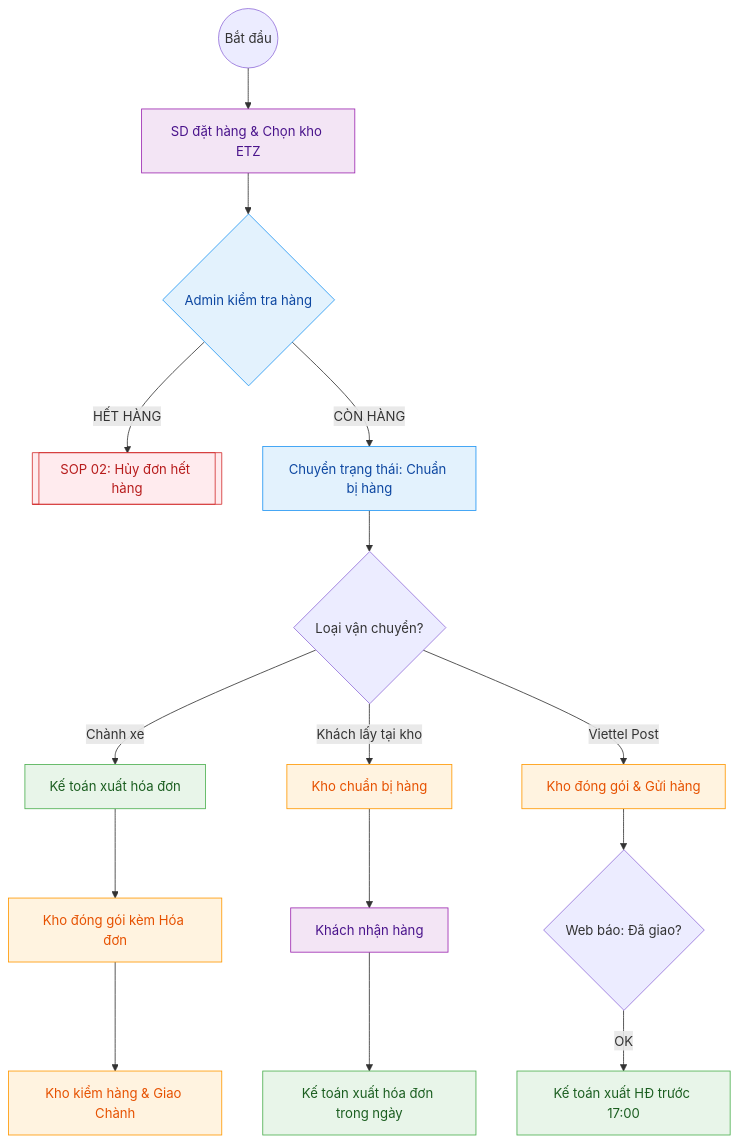
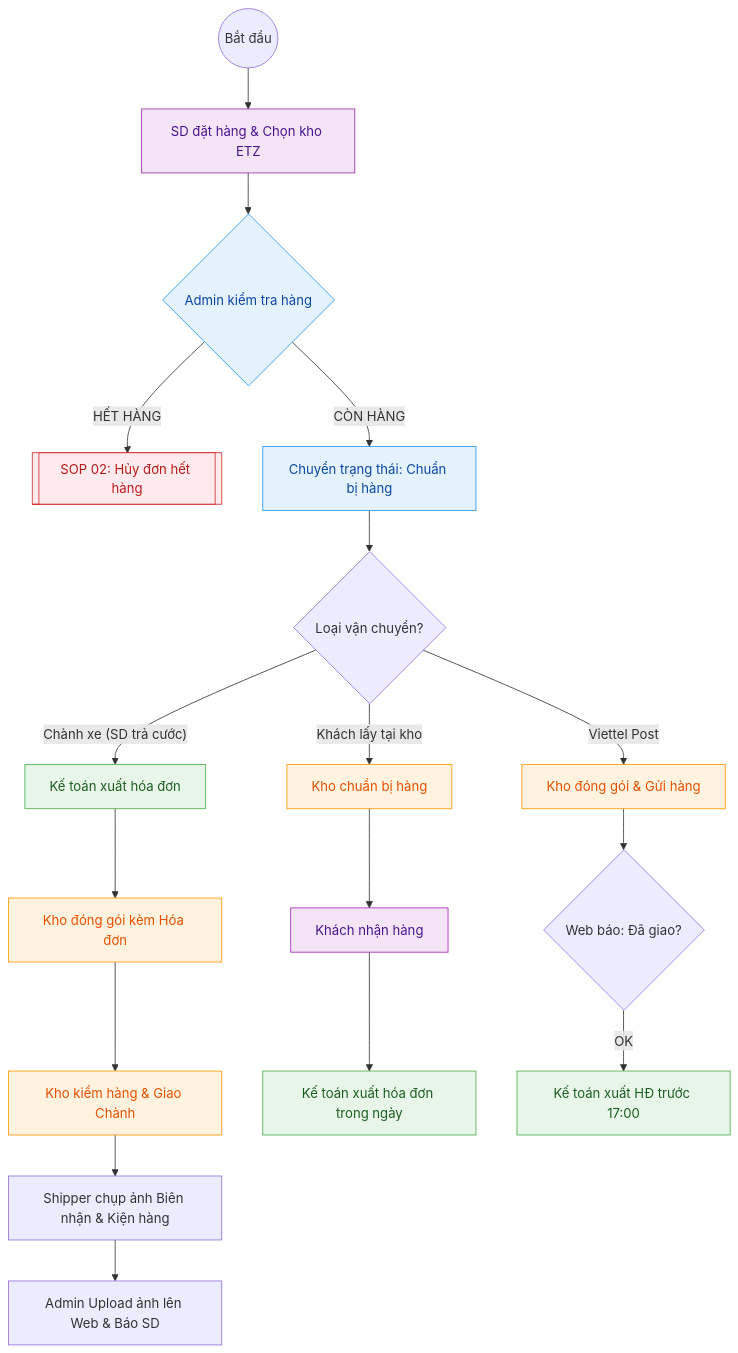
One commit to babaduoc/digitalgarden changed the diagram in src/site/notes/01_TONG_HANH_DINH_QUAN_LY/2_PHONG_VAN_HANH/SOP_2_Xu_Ly_Don_Hang_Chuan.md. Above: the diagram before and after it, drawn with Mermaid. The commit also changed other lines of this file and 4 other files, not shown here.

````diff
--- a/src/site/notes/01_TONG_HANH_DINH_QUAN_LY/2_PHONG_VAN_HANH/SOP_2_Xu_Ly_Don_Hang_Chuan.md
+++ b/src/site/notes/01_TONG_HANH_DINH_QUAN_LY/2_PHONG_VAN_HANH/SOP_2_Xu_Ly_Don_Hang_Chuan.md
@@ -23,39 +23,41 @@
 ```mermaid
 graph TD
     %% Định nghĩa màu tương phản cao %%
     classDef sd fill:#F3E5F5,stroke:#9C27B0,color:#4A148C;
     classDef admin fill:#E3F2FD,stroke:#2196F3,color:#0D47A1;
     classDef acc fill:#E8F5E9,stroke:#4CAF50,color:#1B5E20;
     classDef wh fill:#FFF3E0,stroke:#FF9800,color:#E65100;
     classDef error fill:#FFEBEE,stroke:#D32F2F,color:#B71C1C;
 
     Start((Bắt đầu)) --> SD_Order[SD đặt hàng & Chọn kho ETZ]
     SD_Order --> Admin_Check{Admin kiểm tra hàng}
     
     Admin_Check -- "HẾT HÀNG" --> OutOfStock[[SOP 02: Hủy đơn hết hàng]]
     click OutOfStock "/01-tong-hanh-dinh-quan-ly/2-phong-van-hanh/2026-03-30-sop-huy-don-het-hang/"
     Admin_Check -- "CÒN HÀNG" --> Set_Prep[Chuyển trạng thái: Chuẩn bị hàng]
     
     Set_Prep --> Ship_Type{Loại vận chuyển?}
 
     %% Nhánh Chành xe %%
-    Ship_Type -- Chành xe --> Acc_Inv_1[Kế toán xuất hóa đơn]
+    Ship_Type -- "Chành xe (SD trả cước)" --> Acc_Inv_1[Kế toán xuất hóa đơn]
     Acc_Inv_1 --> WH_Pack_1[Kho đóng gói kèm Hóa đơn]
     WH_Pack_1 --> WH_Check[Kho kiểm hàng & Giao Chành]
+    WH_Check --> WH_Photo[Shipper chụp ảnh Biên nhận & Kiện hàng]
+    WH_Photo --> Admin_Upload[Admin Upload ảnh lên Web & Báo SD]
 
     %% Nhánh Tại kho %%
     Ship_Type -- Khách lấy tại kho --> WH_Pack_2[Kho chuẩn bị hàng]
     WH_Pack_2 --> SD_Pick[Khách nhận hàng]
     SD_Pick --> Acc_Inv_2[Kế toán xuất hóa đơn trong ngày]
 
     %% Nhánh Viettel Post %%
     Ship_Type -- Viettel Post --> WH_Pack_3[Kho đóng gói & Gửi hàng]
     WH_Pack_3 --> API_Delivered{Web báo: Đã giao?}
     API_Delivered -- OK --> Acc_Inv_3[Kế toán xuất HĐ trước 17:00]
 
     class SD_Order,SD_Pick sd;
     class Admin_Check,Set_Prep admin;
     class Acc_Inv_1,Acc_Inv_2,Acc_Inv_3 acc;
     class WH_Pack_1,WH_Pack_2,WH_Pack_3,WH_Check wh;
     class OutOfStock error;
 ```
````
